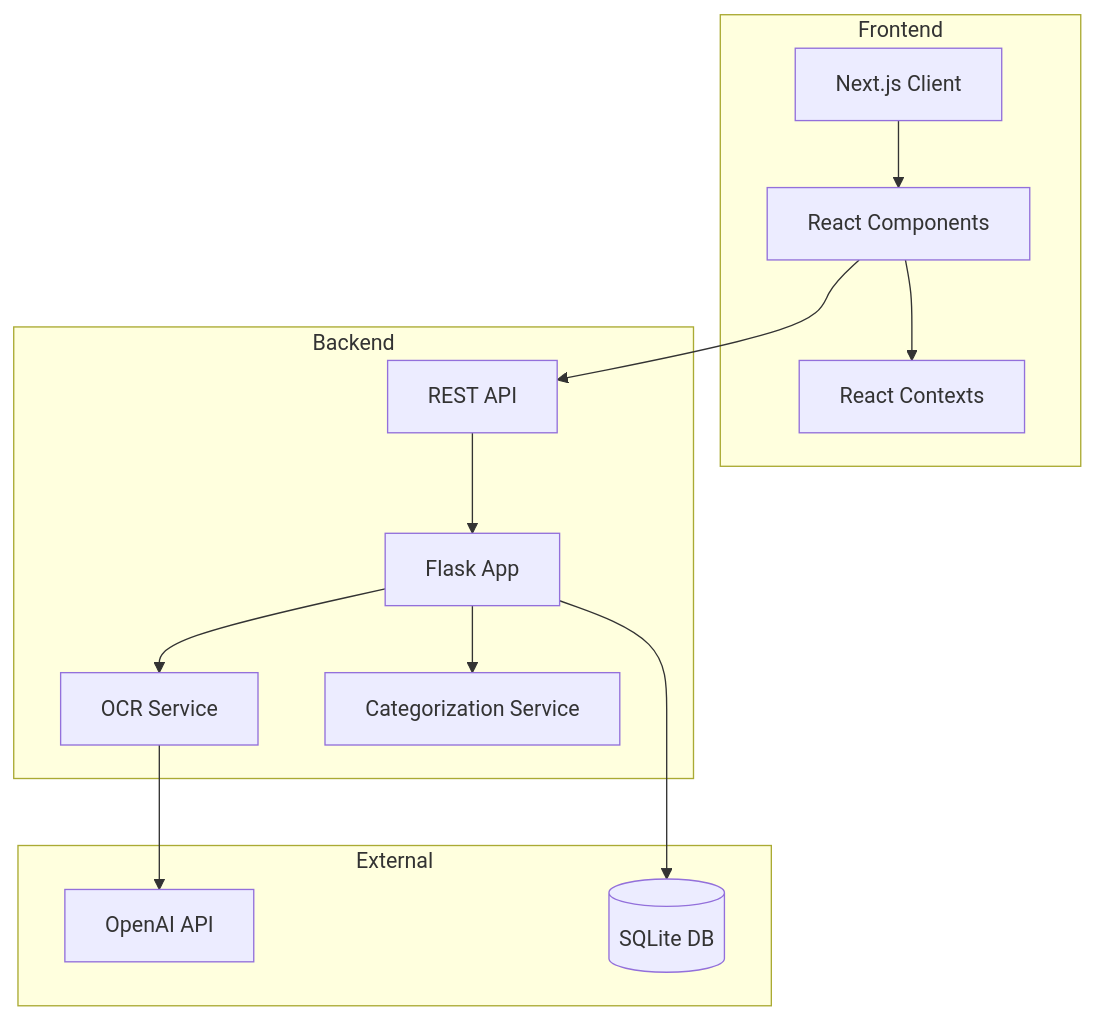
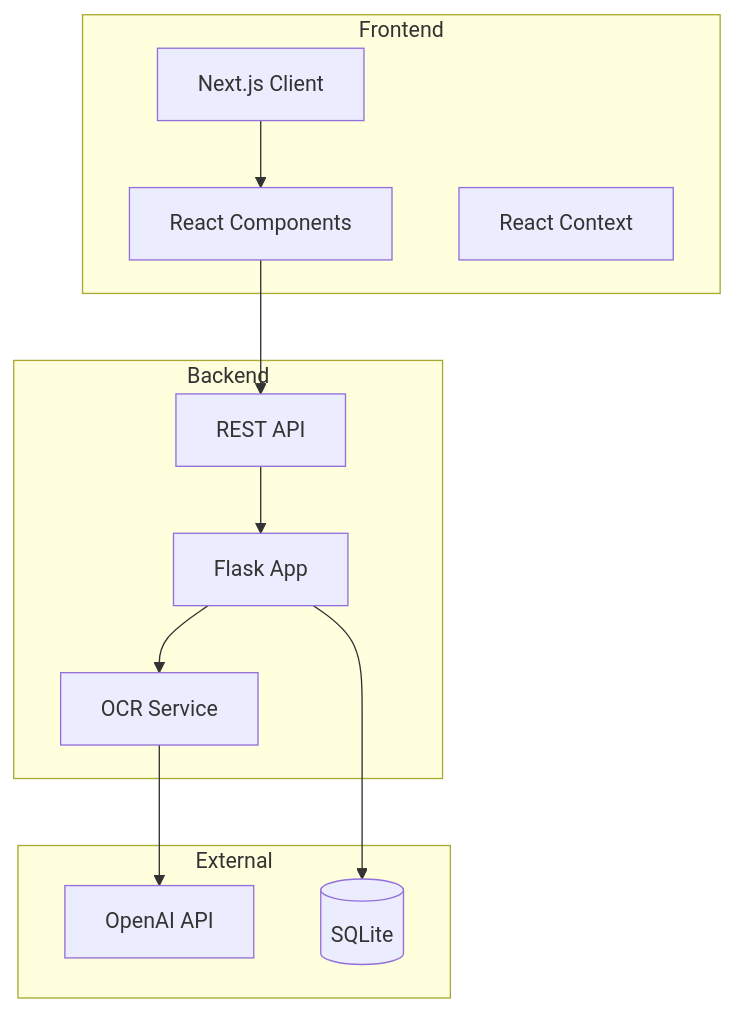
The second of 2 diagrams in README.md (dannyzach/ten40), drawn with Mermaid before and after one commit. The commit also changed other lines of this file and 14 other files, not shown here.

````diff
--- a/README.md
+++ b/README.md
@@ -104,29 +107,26 @@
 ```mermaid
 graph TB
     subgraph Frontend
         NC[Next.js Client]
         RC[React Components]
-        CTX[React Contexts]
+        CTX[React Context]
     end
     
     subgraph Backend
         FA[Flask App]
         API[REST API]
         OCR[OCR Service]
-        CAT[Categorization Service]
     end
     
     subgraph External
         OAPI[OpenAI API]
-        DB[(SQLite DB)]
+        DB[(SQLite)]
     end
     
     NC --> RC
-    RC --> CTX
     RC --> API
     API --> FA
     FA --> OCR
-    FA --> CAT
     OCR --> OAPI
     FA --> DB
 ```
````
